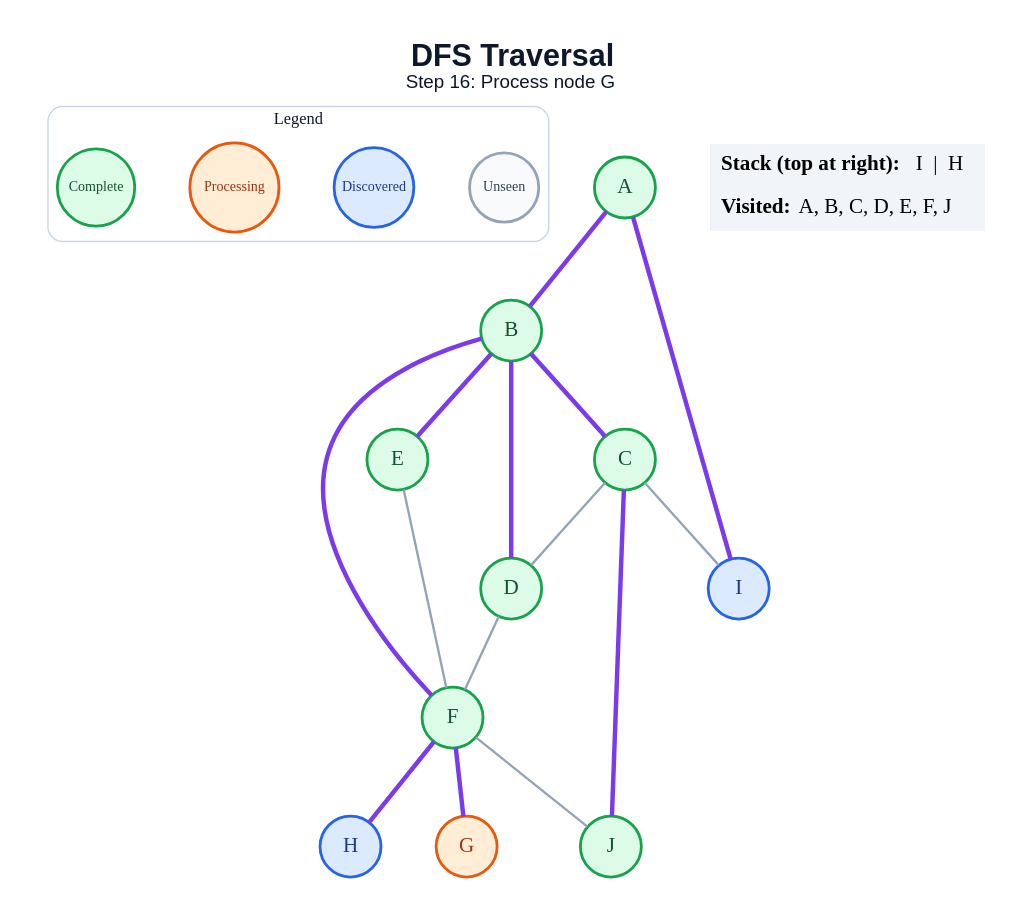
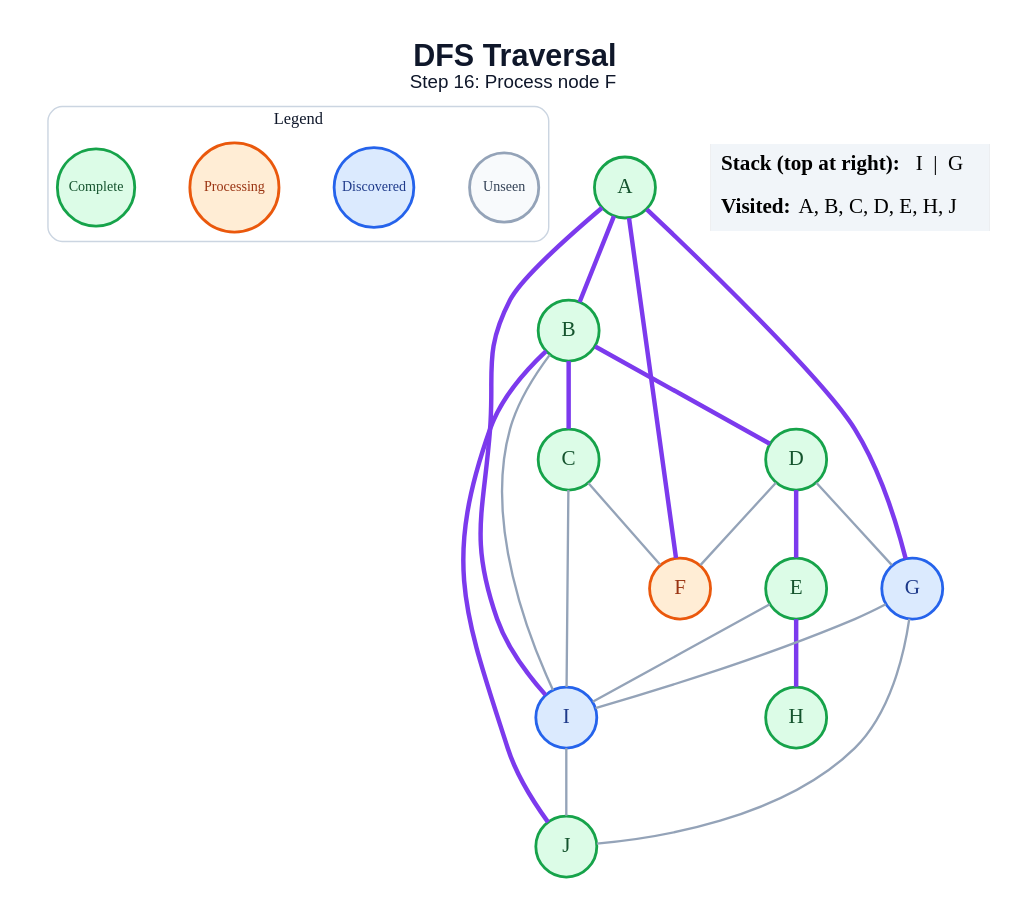
One commit to anon7238593-create/ai-slop changed the diagram in generated/dfs/step_16.dot. Above: the diagram before and after it, drawn with Graphviz. The commit also changed 178 other files, not shown here.

```diff
--- a/generated/dfs/step_16.dot
+++ b/generated/dfs/step_16.dot
@@ -1,43 +1,47 @@
 graph traversal {
   graph [layout=dot, rankdir=TB, bgcolor="#FFFFFF", pad="0.35", nodesep="0.65", ranksep="0.8", fontname="Arial"];
   node [shape=circle, style="filled", fontname="Arial Bold", fontsize=18, width=0.72, fixedsize=true, penwidth=2.4];
   edge [color="#94A3B8", penwidth=2.0];
-  label=<<B>DFS Traversal</B><BR/><FONT POINT-SIZE="16">Step 16: Process node G</FONT>>; labelloc="t"; fontsize=26; fontname="Arial"; fontcolor="#0F172A";
+  label=<<B>DFS Traversal</B><BR/><FONT POINT-SIZE="16">Step 16: Process node F</FONT>>; labelloc="t"; fontsize=26; fontname="Arial"; fontcolor="#0F172A";
   subgraph cluster_legend { label="Legend"; color="#CBD5E1"; penwidth=1.2; style="rounded"; fontsize=14; fontname="Arial Bold";
     key_unseen [label="Unseen", fillcolor="#F8FAFC", color="#94A3B8", fontcolor="#334155", fontsize=12, width=0.82];
     key_frontier [label="Discovered", fillcolor="#DBEAFE", color="#2563EB", fontcolor="#1E3A8A", fontsize=12, width=0.95];
     key_current [label="Processing", fillcolor="#FFEDD5", color="#EA580C", fontcolor="#9A3412", fontsize=12, width=1.05];
     key_done [label="Complete", fillcolor="#DCFCE7", color="#16A34A", fontcolor="#14532D", fontsize=12, width=0.92];
     { rank=same; key_unseen; key_frontier; key_current; key_done; }
   }
   A [fillcolor="#DCFCE7", color="#16A34A", fontcolor="#14532D"];
   B [fillcolor="#DCFCE7", color="#16A34A", fontcolor="#14532D"];
   C [fillcolor="#DCFCE7", color="#16A34A", fontcolor="#14532D"];
   D [fillcolor="#DCFCE7", color="#16A34A", fontcolor="#14532D"];
   E [fillcolor="#DCFCE7", color="#16A34A", fontcolor="#14532D"];
-  F [fillcolor="#DCFCE7", color="#16A34A", fontcolor="#14532D"];
-  G [fillcolor="#FFEDD5", color="#EA580C", fontcolor="#9A3412"];
-  H [fillcolor="#DBEAFE", color="#2563EB", fontcolor="#1E3A8A"];
+  F [fillcolor="#FFEDD5", color="#EA580C", fontcolor="#9A3412"];
+  G [fillcolor="#DBEAFE", color="#2563EB", fontcolor="#1E3A8A"];
+  H [fillcolor="#DCFCE7", color="#16A34A", fontcolor="#14532D"];
   I [fillcolor="#DBEAFE", color="#2563EB", fontcolor="#1E3A8A"];
   J [fillcolor="#DCFCE7", color="#16A34A", fontcolor="#14532D"];
   A -- B [color="#7C3AED", penwidth=3.8];
+  A -- F [color="#7C3AED", penwidth=3.8];
+  A -- G [color="#7C3AED", penwidth=3.8];
   A -- I [color="#7C3AED", penwidth=3.8];
   B -- C [color="#7C3AED", penwidth=3.8];
   B -- D [color="#7C3AED", penwidth=3.8];
-  B -- E [color="#7C3AED", penwidth=3.8];
-  B -- F [color="#7C3AED", penwidth=3.8];
-  C -- D;
+  B -- I;
+  B -- J [color="#7C3AED", penwidth=3.8];
+  C -- F;
   C -- I;
-  C -- J [color="#7C3AED", penwidth=3.8];
+  D -- E [color="#7C3AED", penwidth=3.8];
   D -- F;
-  E -- F;
-  F -- G [color="#7C3AED", penwidth=3.8];
-  F -- H [color="#7C3AED", penwidth=3.8];
-  F -- J;
+  D -- G;
+  E -- H [color="#7C3AED", penwidth=3.8];
+  E -- I;
+  G -- I;
+  G -- J;
+  I -- J;
   status [shape=plain, fixedsize=false, width=0, height=0, margin=0, label=<
     <TABLE BORDER="0" CELLBORDER="0" CELLPADDING="7" BGCOLOR="#F1F5F9">
-      <TR><TD ALIGN="LEFT"><B>Stack (top at right):</B> I  |  H</TD></TR>
-      <TR><TD ALIGN="LEFT"><B>Visited:</B> A, B, C, D, E, F, J</TD></TR>
+      <TR><TD ALIGN="LEFT"><B>Stack (top at right):</B> I  |  G</TD></TR>
+      <TR><TD ALIGN="LEFT"><B>Visited:</B> A, B, C, D, E, H, J</TD></TR>
     </TABLE>
   >];
 }
```
